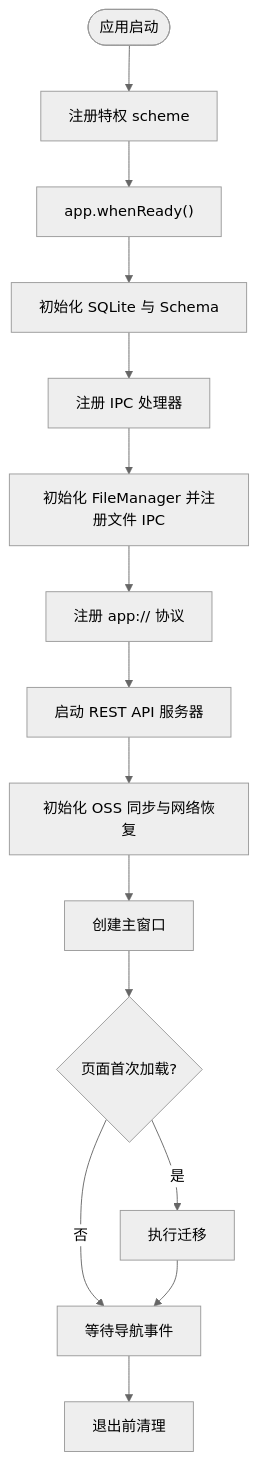
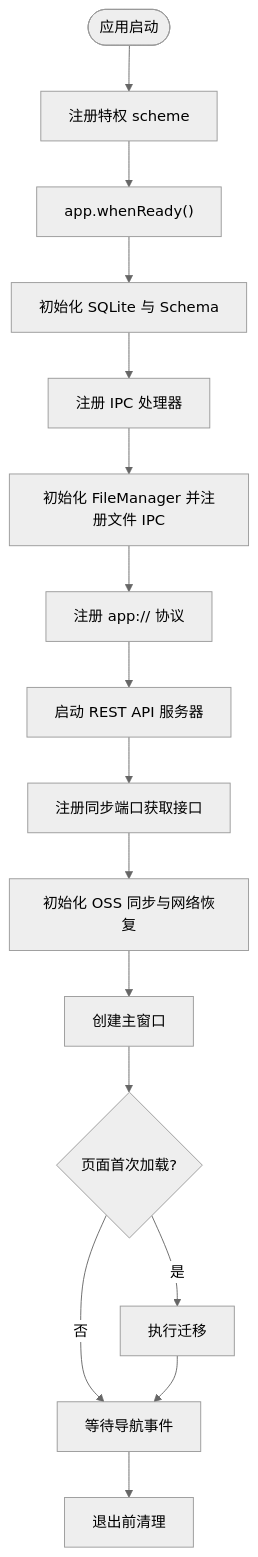
Before and after one commit to AlbusWei/AI-Image-Studio: the third of 14 diagrams in .qoder/repowiki/zh/content/架构设计/Electron 桌面应用架构.md, drawn with Mermaid (neutral theme). The commit also changed other lines of this file and 26 other files, not shown here.

Commit message:
fix: 修复 Gallery 图片显示 broken image 问题

````diff
--- a/.qoder/repowiki/zh/content/架构设计/Electron 桌面应用架构.md
+++ b/.qoder/repowiki/zh/content/架构设计/Electron 桌面应用架构.md
@@ -234,17 +263,18 @@
 ```mermaid
 flowchart TD
 Start(["应用启动"]) --> RegPriv["注册特权 scheme"]
 RegPriv --> Ready["app.whenReady()"]
 Ready --> InitDB["初始化 SQLite 与 Schema"]
 InitDB --> RegIPC["注册 IPC 处理器"]
 RegIPC --> InitFM["初始化 FileManager 并注册文件 IPC"]
 InitFM --> RegProto["注册 app:// 协议"]
 RegProto --> StartAPI["启动 REST API 服务器"]
-StartAPI --> InitOss["初始化 OSS 同步与网络恢复"]
+StartAPI --> PortGet["注册同步端口获取接口"]
+PortGet --> InitOss["初始化 OSS 同步与网络恢复"]
 InitOss --> CreateWin["创建主窗口"]
 CreateWin --> LoadPage{"页面首次加载?"}
 LoadPage --> |是| RunMig["执行迁移"]
 LoadPage --> |否| Idle["等待导航事件"]
 RunMig --> Idle
 Idle --> Quit["退出前清理"]
 ```
````
